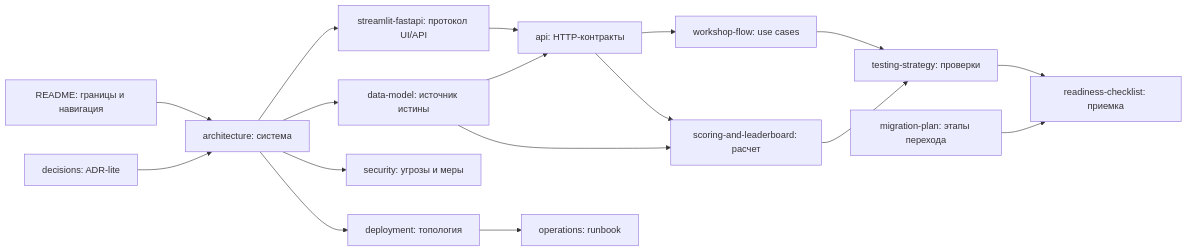
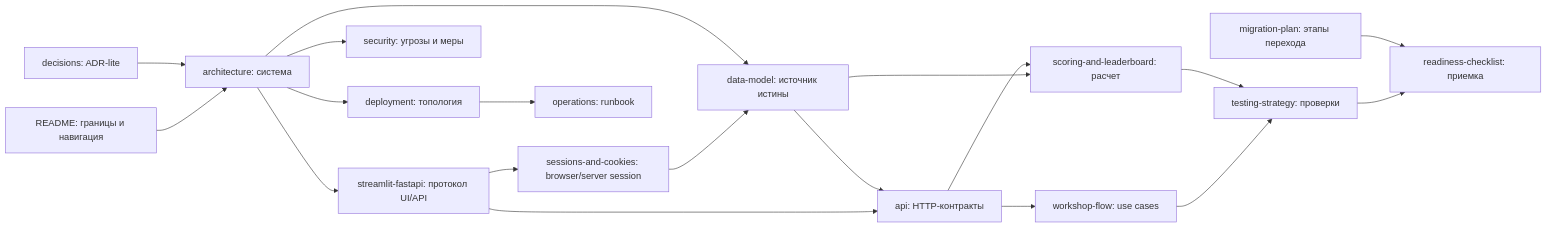
The diagram in docs/README.md (BigZet/AMLautosim), drawn with Mermaid before and after one commit. The commit also changed other lines of this file and 179 other files, not shown here.

````diff
--- a/docs/README.md
+++ b/docs/README.md
@@ -59,19 +62,21 @@
 ```mermaid
 flowchart LR
     overview["README: границы и навигация"] --> architecture["architecture: система"]
     architecture --> integration["streamlit-fastapi: протокол UI/API"]
+    integration --> sessions["sessions-and-cookies: browser/server session"]
+    sessions --> data
     architecture --> data["data-model: источник истины"]
     integration --> api["api: HTTP-контракты"]
     data --> api
     api --> flow["workshop-flow: use cases"]
     data --> scoring["scoring-and-leaderboard: расчет"]
     api --> scoring
     flow --> testing["testing-strategy: проверки"]
     scoring --> testing
     architecture --> security["security: угрозы и меры"]
     architecture --> deployment["deployment: топология"]
     deployment --> operations["operations: runbook"]
     testing --> readiness["readiness-checklist: приемка"]
     migration["migration-plan: этапы перехода"] --> readiness
     decisions["decisions: ADR-lite"] --> architecture
 ```
````
